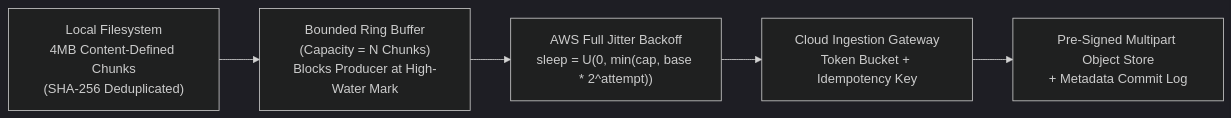
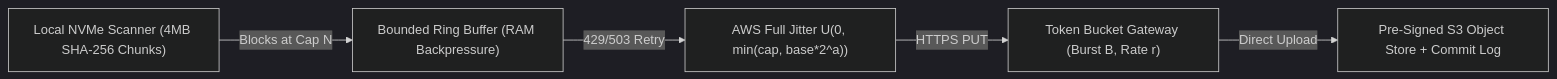
The diagram in knowledgebase/system-design/01-continuous-sync-and-backpressure.md (manjunathk833/codingforinterviews), drawn with Mermaid (dark theme) before and after one commit. The commit also changed other lines of this file and 101 other files, not shown here.

````diff
--- a/knowledgebase/system-design/01-continuous-sync-and-backpressure.md
+++ b/knowledgebase/system-design/01-continuous-sync-and-backpressure.md
@@ -22,7 +65,7 @@
 ```mermaid
 flowchart LR
-  FS["Local Filesystem\n4MB Content-Defined Chunks\n(SHA-256 Deduplicated)"] --> RB["Bounded Ring Buffer\n(Capacity = N Chunks)\nBlocks Producer at High-Water Mark"]
-  RB --> Jitter["AWS Full Jitter Backoff\nsleep = U(0, min(cap, base * 2^attempt))"]
-  Jitter --> Gateway["Cloud Ingestion Gateway\nToken Bucket + Idempotency Key"]
-  Gateway --> S3["Pre-Signed Multipart Object Store\n+ Metadata Commit Log"]
+  FS["Local NVMe Scanner (4MB SHA-256 Chunks)"] -->|Blocks at Cap N| RB["Bounded Ring Buffer (RAM Backpressure)"]
+  RB -->|429/503 Retry| Jitter["AWS Full Jitter U(0, min(cap, base*2^a))"]
+  Jitter -->|HTTPS PUT| Gateway["Token Bucket Gateway (Burst B, Rate r)"]
+  Gateway -->|Direct Upload| S3["Pre-Signed S3 Object Store + Commit Log"]
 ```
````
